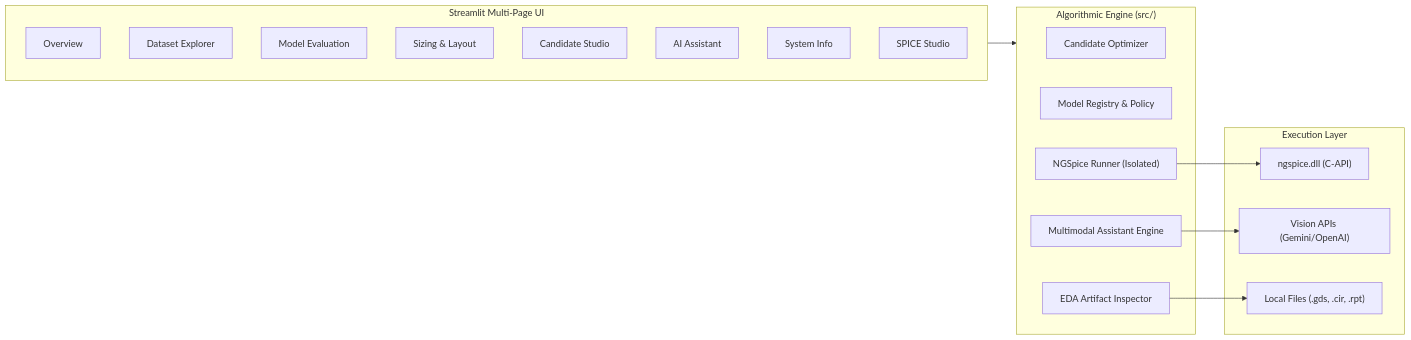
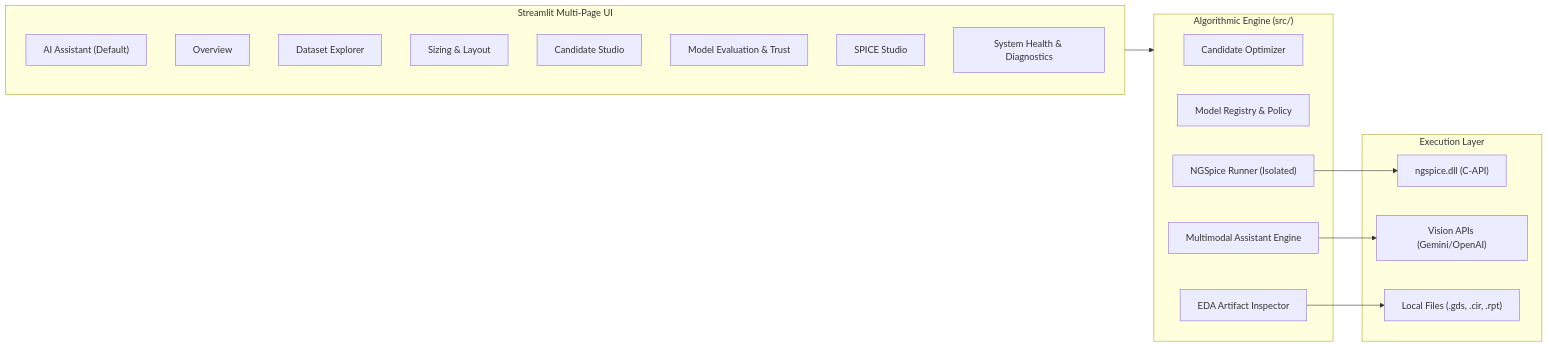
Before and after one commit to aakashlamba2021-create/SiliconPilot-AI: the diagram in README.md, drawn with Mermaid. The commit also changed other lines of this file and 10 other files, not shown here.

Commit message:
feat: unified gemini assistant, system health diagnostics, and navigation overhaul

````diff
--- a/README.md
+++ b/README.md
@@ -77,32 +82,32 @@
 ```mermaid
 graph LR
     subgraph UI ["Streamlit Multi-Page UI"]
-        P1["Overview"]
-        P2["Dataset Explorer"]
-        P3["Model Evaluation"]
+        P1["AI Assistant (Default)"]
+        P2["Overview"]
+        P3["Dataset Explorer"]
         P4["Sizing & Layout"]
         P5["Candidate Studio"]
-        P6["AI Assistant"]
-        P7["System Info"]
-        P8["SPICE Studio"]
+        P6["Model Evaluation & Trust"]
+        P7["SPICE Studio"]
+        P8["System Health & Diagnostics"]
     end
 
     subgraph Core ["Algorithmic Engine (src/)"]
         Opt["Candidate Optimizer"]
         Registry["Model Registry & Policy"]
         Vision["Multimodal Assistant Engine"]
         SPICE["NGSpice Runner (Isolated)"]
         EDA["EDA Artifact Inspector"]
     end
 
     subgraph Execution ["Execution Layer"]
         ngspice["ngspice.dll (C-API)"]
         APIs["Vision APIs (Gemini/OpenAI)"]
         Disk["Local Files (.gds, .cir, .rpt)"]
     end
 
     UI --> Core
     SPICE --> ngspice
     Vision --> APIs
     EDA --> Disk
 ```
````
